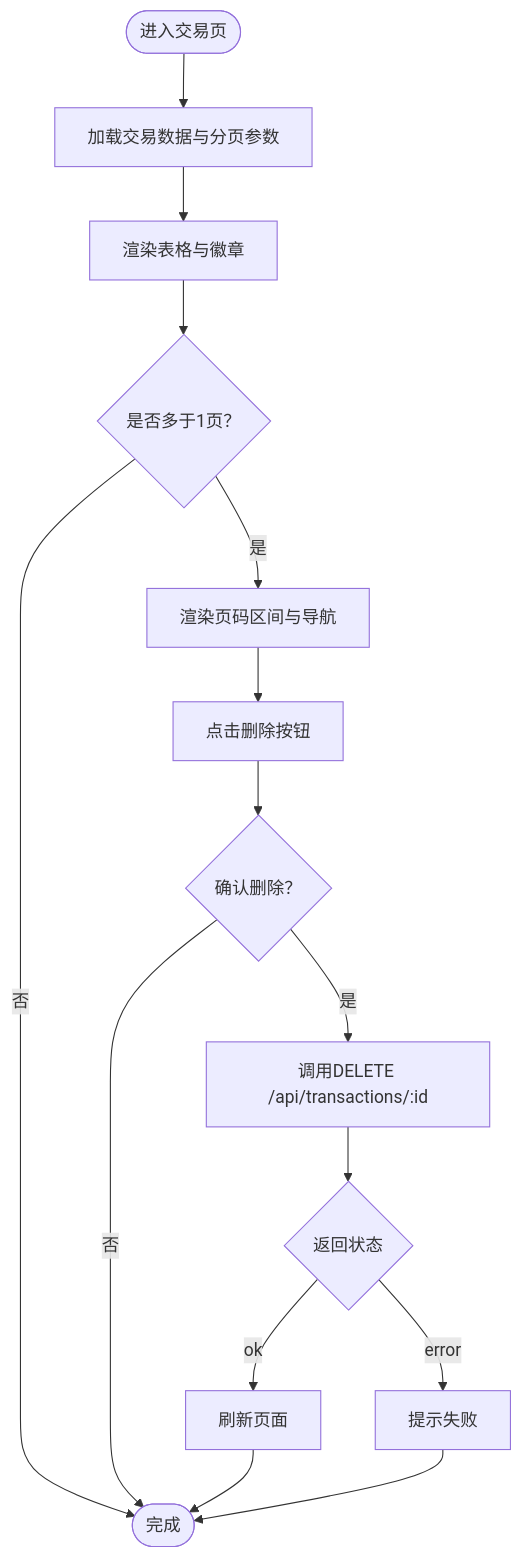
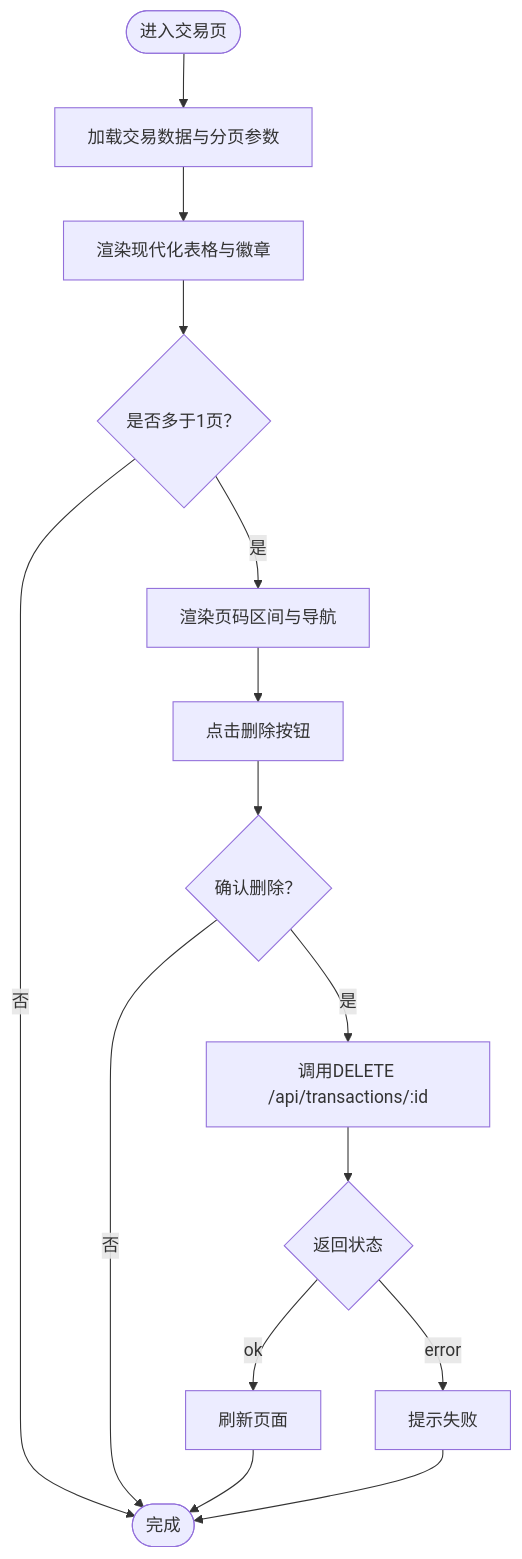
Before and after one commit to macrohuang/invest-log: the fifth of 7 diagrams in .qoder/repowiki/zh/content/前端模板系统/前端模板系统.md, drawn with Mermaid. The commit also changed other lines of this file and 11 other files, not shown here.

````diff
--- a/.qoder/repowiki/zh/content/前端模板系统/前端模板系统.md
+++ b/.qoder/repowiki/zh/content/前端模板系统/前端模板系统.md
@@ -213,17 +244,17 @@
 ```mermaid
 flowchart TD
 Enter(["进入交易页"]) --> LoadData["加载交易数据与分页参数"]
-LoadData --> RenderTable["渲染表格与徽章"]
+LoadData --> RenderTable["渲染现代化表格与徽章"]
 RenderTable --> HasPages{"是否多于1页？"}
 HasPages --> |否| End(["完成"])
 HasPages --> |是| RenderPager["渲染页码区间与导航"]
 RenderPager --> Delete["点击删除按钮"]
 Delete --> Confirm{"确认删除？"}
 Confirm --> |否| End
 Confirm --> |是| CallAPI["调用DELETE /api/transactions/:id"]
 CallAPI --> Result{"返回状态"}
 Result --> |ok| Reload["刷新页面"]
 Result --> |error| Alert["提示失败"]
 Reload --> End
 Alert --> End
 ```
````
